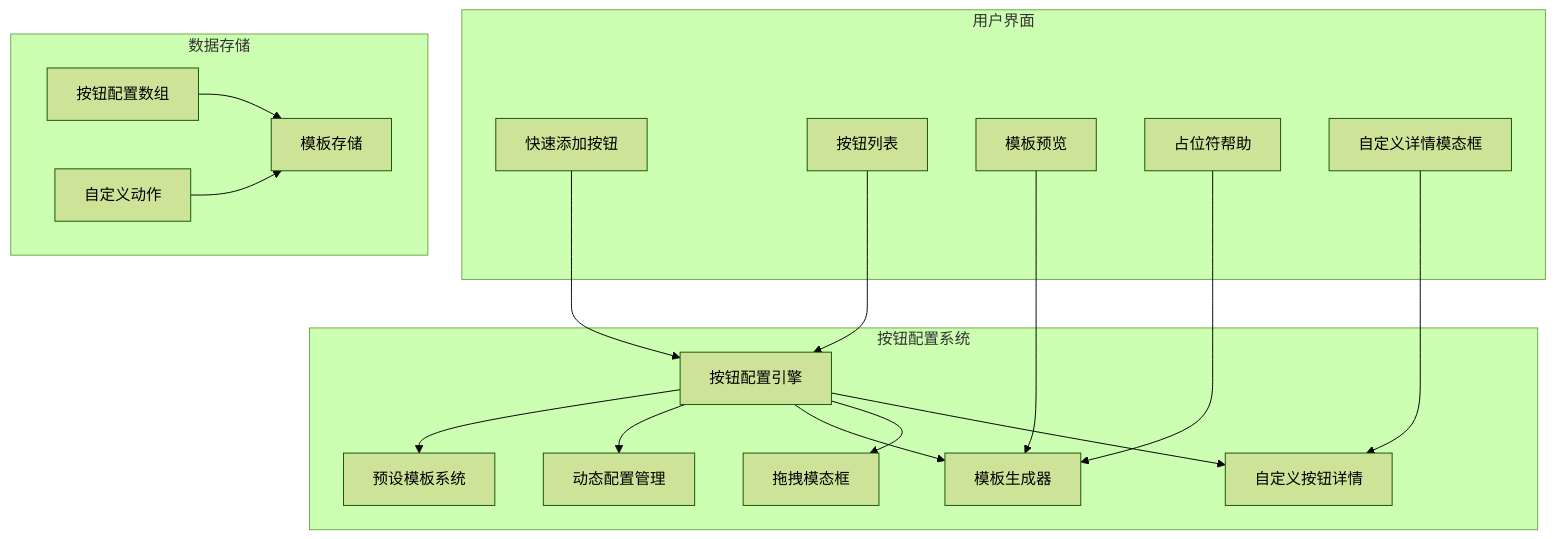
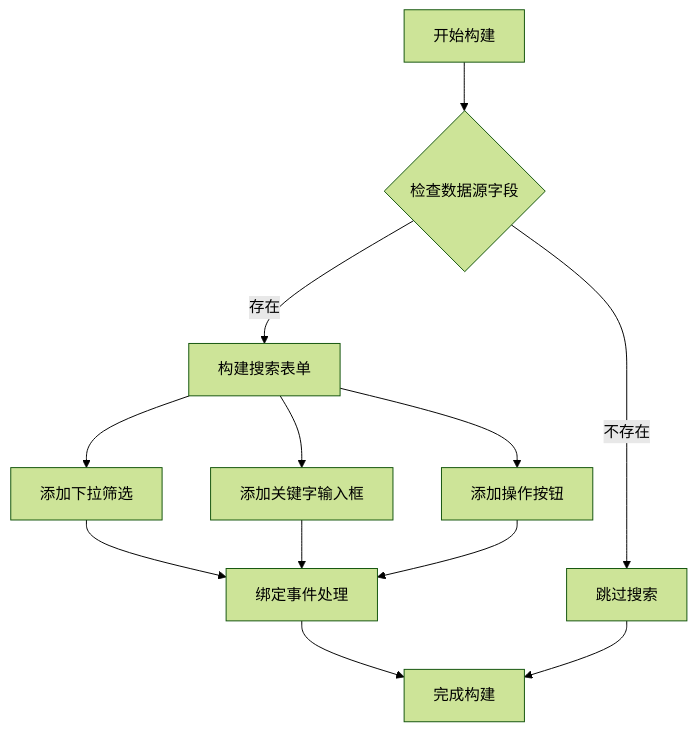
Before and after one commit to Sosososolong/AirGo: the tenth of 12 diagrams in .qoder/repowiki/zh/content/项目概述/核心特性/低代码VDS可视化编辑器系统.md, drawn with Mermaid (forest theme). The commit also changed other lines of this file and 7 other files, not shown here.

````diff
--- a/.qoder/repowiki/zh/content/项目概述/核心特性/低代码VDS可视化编辑器系统.md
+++ b/.qoder/repowiki/zh/content/项目概述/核心特性/低代码VDS可视化编辑器系统.md
@@ -361,35 +470,14 @@
 ```mermaid
-graph TB
-subgraph "按钮配置系统"
-ButtonConfig[按钮配置引擎]
-PresetTemplates[预设模板系统]
-DynamicConfig[动态配置管理]
-TemplateGen[模板生成器]
-DragModal[拖拽模态框]
-CustomButtonDetail[自定义按钮详情]
-end
-subgraph "用户界面"
-QuickAdd[快速添加按钮]
-ButtonList[按钮列表]
-TemplatePreview[模板预览]
-PlaceholderHelp[占位符帮助]
-CustomDetailModal[自定义详情模态框]
-end
-subgraph "数据存储"
-ButtonConfigs[按钮配置数组]
-CustomActions[自定义动作]
-TemplateStorage[模板存储]
-end
-ButtonConfig --> PresetTemplates
-ButtonConfig --> DynamicConfig
-ButtonConfig --> TemplateGen
-ButtonConfig --> DragModal
-ButtonConfig --> CustomButtonDetail
-QuickAdd --> ButtonConfig
-ButtonList --> ButtonConfig
-TemplatePreview --> TemplateGen
-PlaceholderHelp --> TemplateGen
-CustomDetailModal --> CustomButtonDetail
-ButtonConfigs --> TemplateStorage
-CustomActions --> TemplateStorage
+flowchart TD
+Start[开始构建] --> CheckFields{检查数据源字段}
+CheckFields --> |存在| BuildForm[构建搜索表单]
+CheckFields --> |不存在| SkipForm[跳过搜索]
+BuildForm --> AddKeyword[添加关键字输入框]
+BuildForm --> AddSelects[添加下拉筛选]
+BuildForm --> AddButtons[添加操作按钮]
+AddSelects --> BindEvents[绑定事件处理]
+AddKeyword --> BindEvents
+AddButtons --> BindEvents
+BindEvents --> End[完成构建]
+SkipForm --> End
 ```
````
